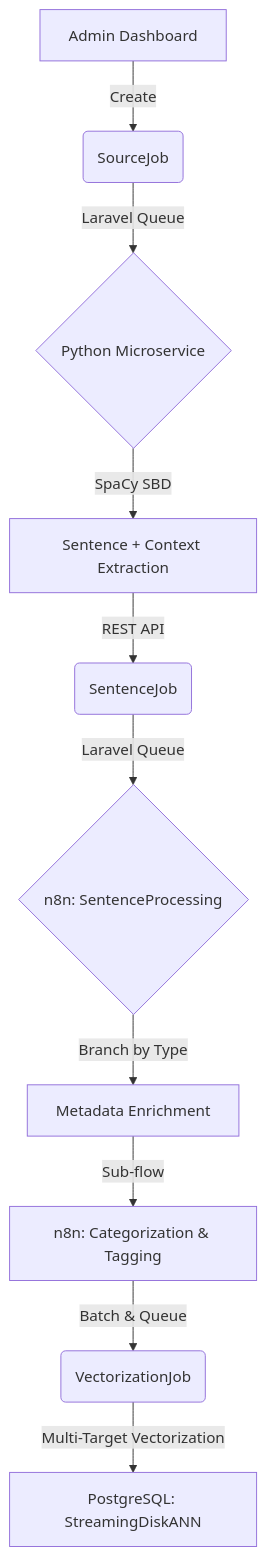
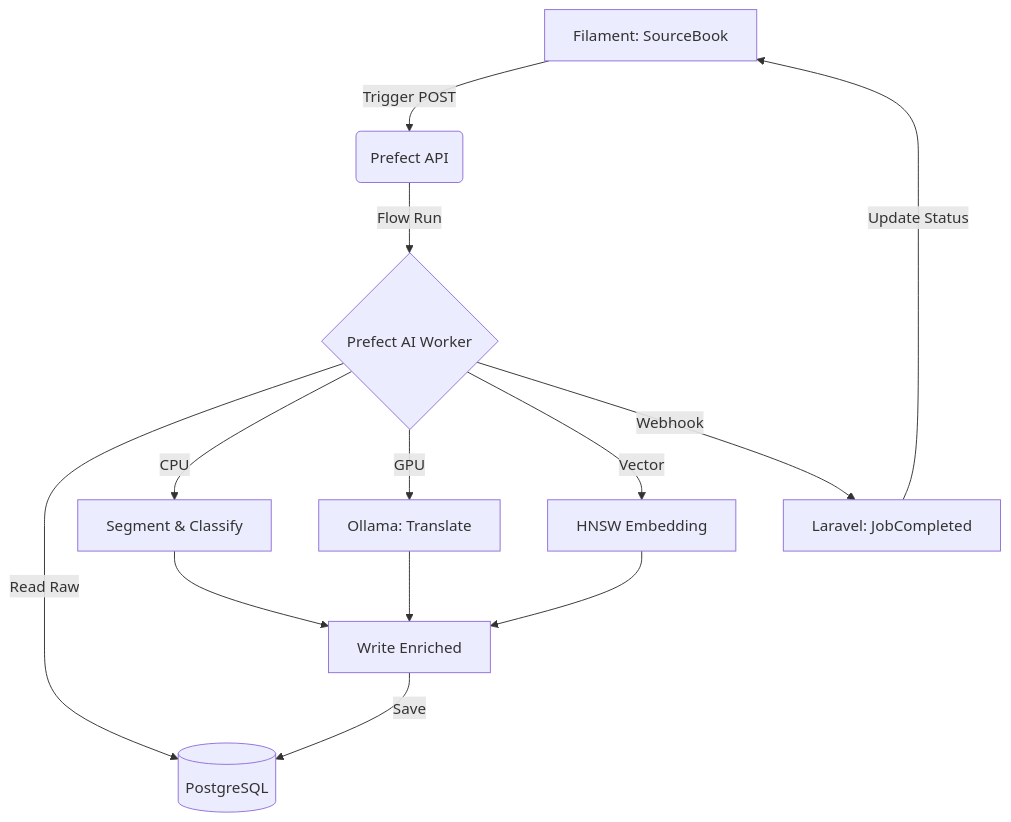
The diagram in docs/architecture.md (decaller/IslamResearch), drawn with Mermaid before and after one commit. The commit also changed other lines of this file and 18 other files, not shown here.

Commit message:
feat: implement Prefect-orchestrated AI pipeline for text processing with modular tasks and Docker support

````diff
--- a/docs/architecture.md
+++ b/docs/architecture.md
@@ -62,12 +55,15 @@
 ```mermaid
 graph TD
-    A[Admin Dashboard] -->|Create| B(SourceJob)
-    B -->|Laravel Queue| C{Python Microservice}
-    C -->|SpaCy SBD| D[Sentence + Context Extraction]
-    D -->|REST API| E(SentenceJob)
-    E -->|Laravel Queue| F{n8n: SentenceProcessing}
-    F -->|Branch by Type| G[Metadata Enrichment]
-    G -->|Sub-flow| H[n8n: Categorization & Tagging]
-    H -->|Batch & Queue| J(VectorizationJob)
-    J -->|Multi-Target Vectorization| I[PostgreSQL: StreamingDiskANN]
+    A[Filament: SourceBook] -->|Trigger POST| B(Prefect API)
+    B -->|Flow Run| C{Prefect AI Worker}
+    C -->|Read Raw| D[(PostgreSQL)]
+    C -->|CPU| E[Segment & Classify]
+    C -->|GPU| F[Ollama: Translate]
+    C -->|Vector| G[HNSW Embedding]
+    E --> H[Write Enriched]
+    F --> H
+    G --> H
+    H -->|Save| D
+    C -->|Webhook| I[Laravel: JobCompleted]
+    I -->|Update Status| A
 ```
````
